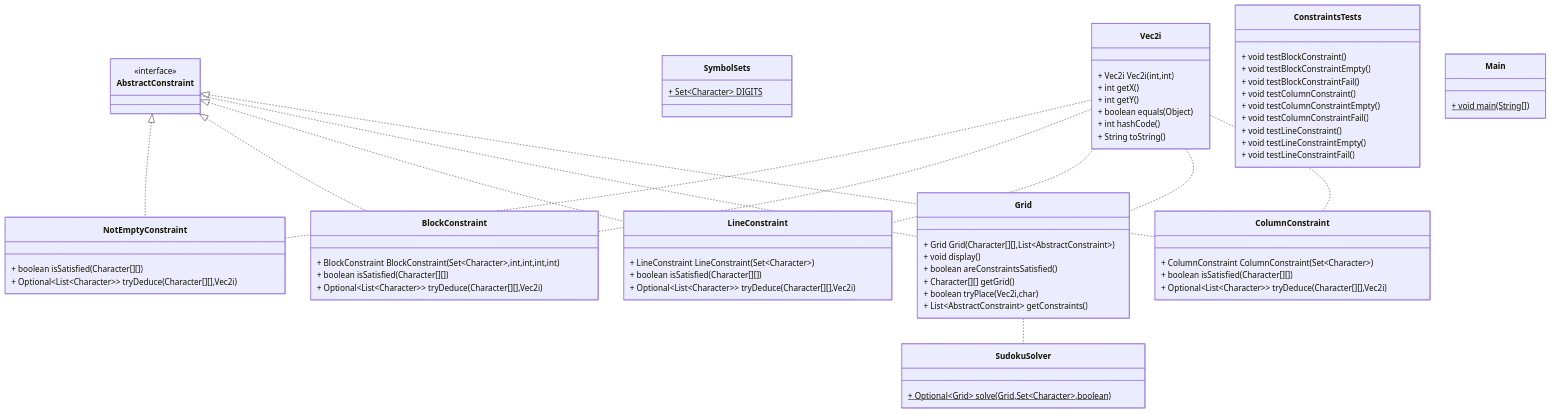
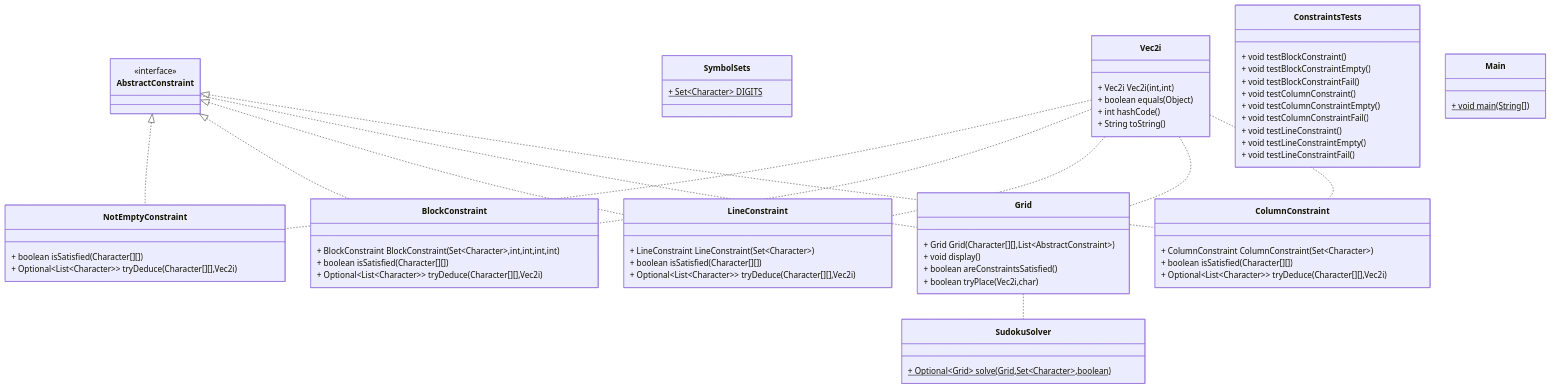
Before and after one commit to FlashOnFire/SUUUUUUUUUUUudoku: the second of 2 diagrams in README.md, drawn with Mermaid. The commit also changed 1 other file, not shown here.

Commit message:
doc: remove getter and setter from mermaid diagram

```diff
--- a/README.md
+++ b/README.md
@@ -61,9 +61,7 @@
 + Grid Grid(Character[][],List~AbstractConstraint~)
 + void display()
 + boolean areConstraintsSatisfied()
-+ Character[][] getGrid()
 + boolean tryPlace(Vec2i,char)
-+ List~AbstractConstraint~ getConstraints()
 }
 
 class SymbolSets { 
@@ -72,8 +70,6 @@
 
 class Vec2i { 
 + Vec2i Vec2i(int,int)
-+ int getX()
-+ int getY()
 + boolean equals(Object)
 + int hashCode()
 + String toString()
```
